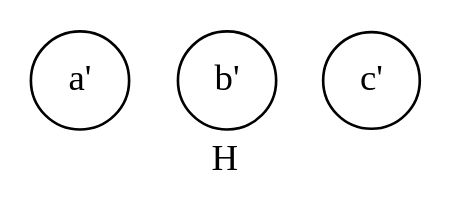
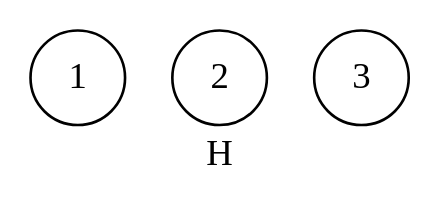
Before and after one commit to h4tguy/gt-hons: the diagram in tut1/115/115bH.dot, drawn with Graphviz. The commit also changed 15 other files, not shown here.

Commit message:
more consistent graph labelling

```diff
--- a/tut1/115/115bH.dot
+++ b/tut1/115/115bH.dot
@@ -1,8 +1,8 @@
 graph H {
     edge [len=2]
     node [shape=circle]
     label=H
-    "a'"
-    "b'"
-    "c'"
+    "1"
+    "2"
+    "3"
 }
```
